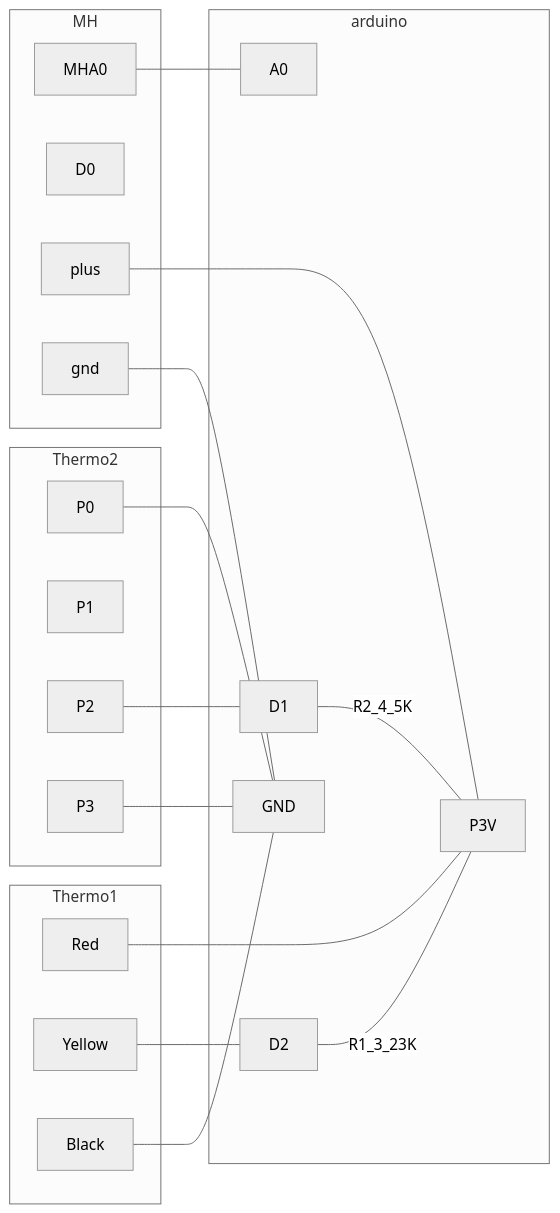
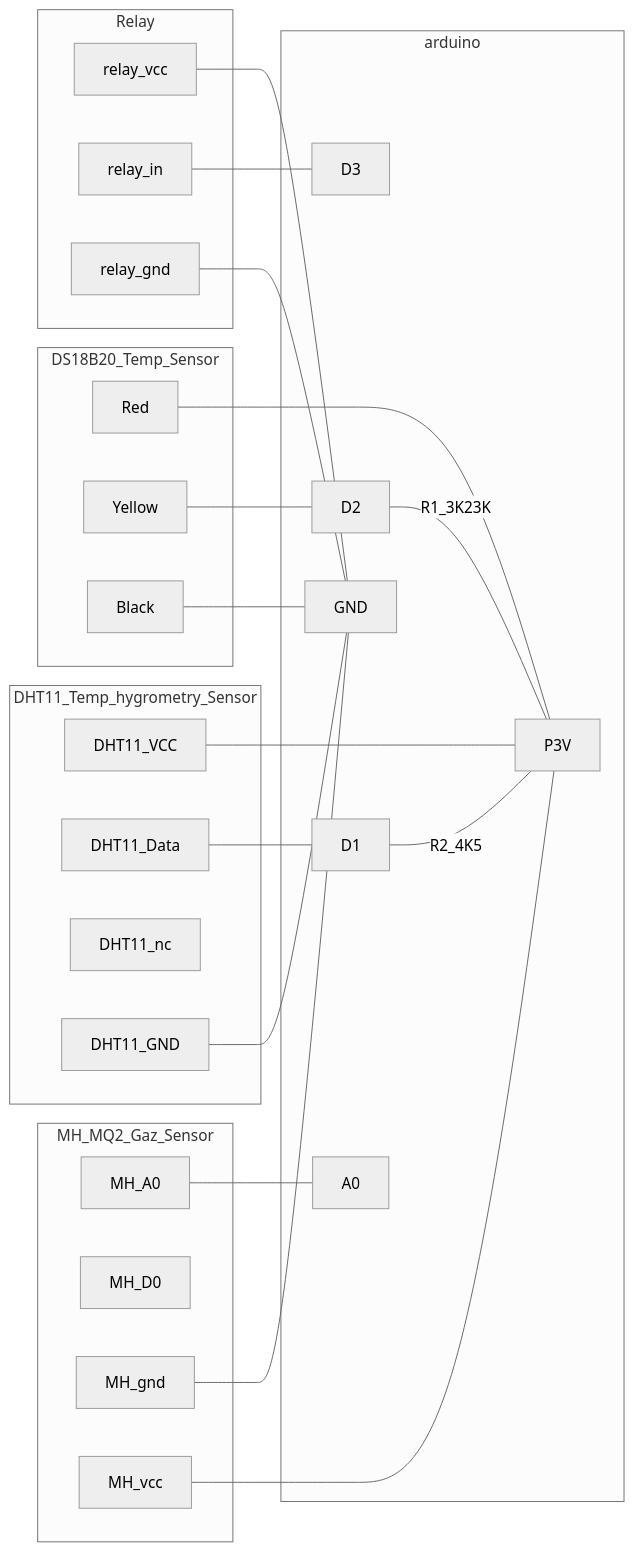
The diagram in robot_chaudiere/frontend/README.md (louis-chevallier/EPortier), drawn with Mermaid (neutral theme) before and after one commit. The commit also changed other lines of this file, not shown here.

````diff
--- a/robot_chaudiere/frontend/README.md
+++ b/robot_chaudiere/frontend/README.md
@@ -9,35 +20,45 @@
 ```mermaid
 graph LR;
     subgraph arduino
         GND;
         P3V
         D1;
         D2;
+        D3;
         A0;
     end
-    subgraph Thermo1
+    subgraph DS18B20_Temp_Sensor
         Red;
         Yellow;
         Black;
     end
-    subgraph MH
-        MHA0 --- A0;
-        D0;
-        plus --- P3V;
-        gnd --- GND;
+    subgraph MH_MQ2_Gaz_Sensor
+        MH_A0 --- A0;
+        MH_D0;
+        MH_gnd --- GND;
+        MH_vcc --- P3V;
+        
+
+
     end
-    subgraph Thermo2
-        P0 --- GND;
-        P1;
-        P2 --- D1;
-        P3 --- GND;
+    subgraph DHT11_Temp_hygrometry_Sensor
+        DHT11_VCC --- P3V;
+        DHT11_Data --- D1;
+        DHT11_nc ;
+        DHT11_GND --- GND;
+    end
+    subgraph Relay
+        relay_vcc --- GND;
+        relay_in --- D3;
+        relay_gnd --- GND;
     end
 
     Red --- P3V;
     Yellow --- D2
     Black --- GND;
+    D2 --- |R1_3K23K| P3V;
+    D1 --- |R2_4K5| P3V;
 
-    D2 -- R1_3_23K --- P3V;
-    D1 -- R2_4_5K --- P3V;
+
 
 ```
````
